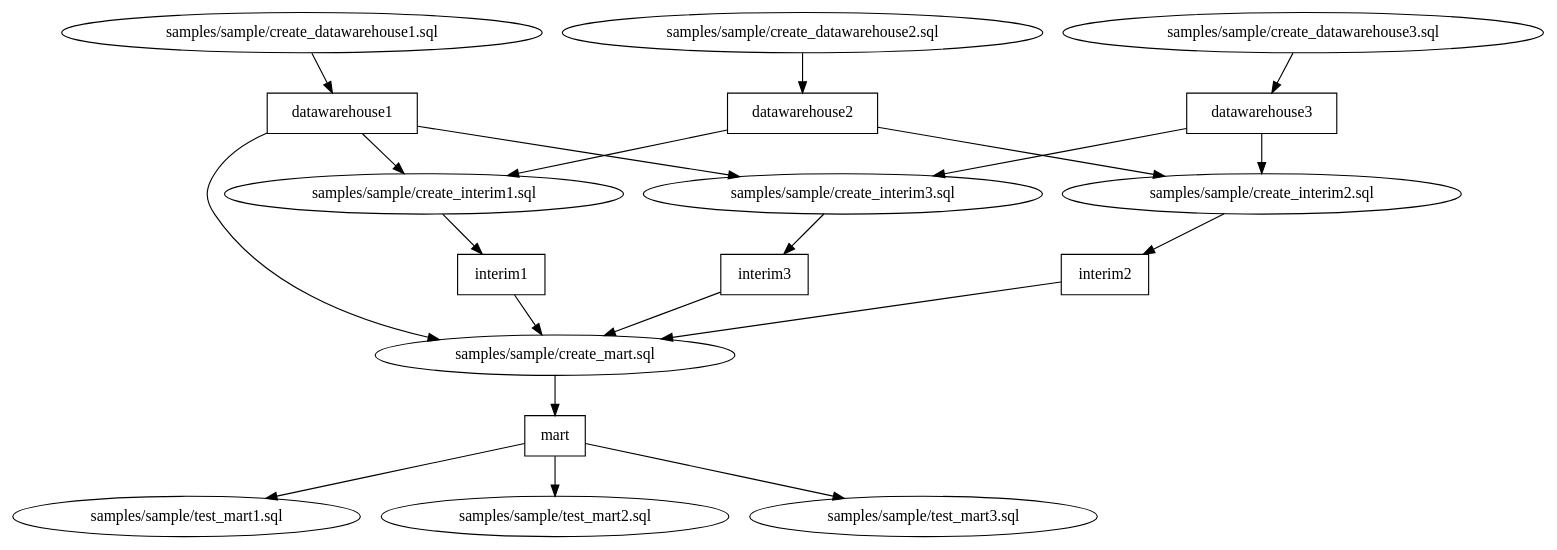
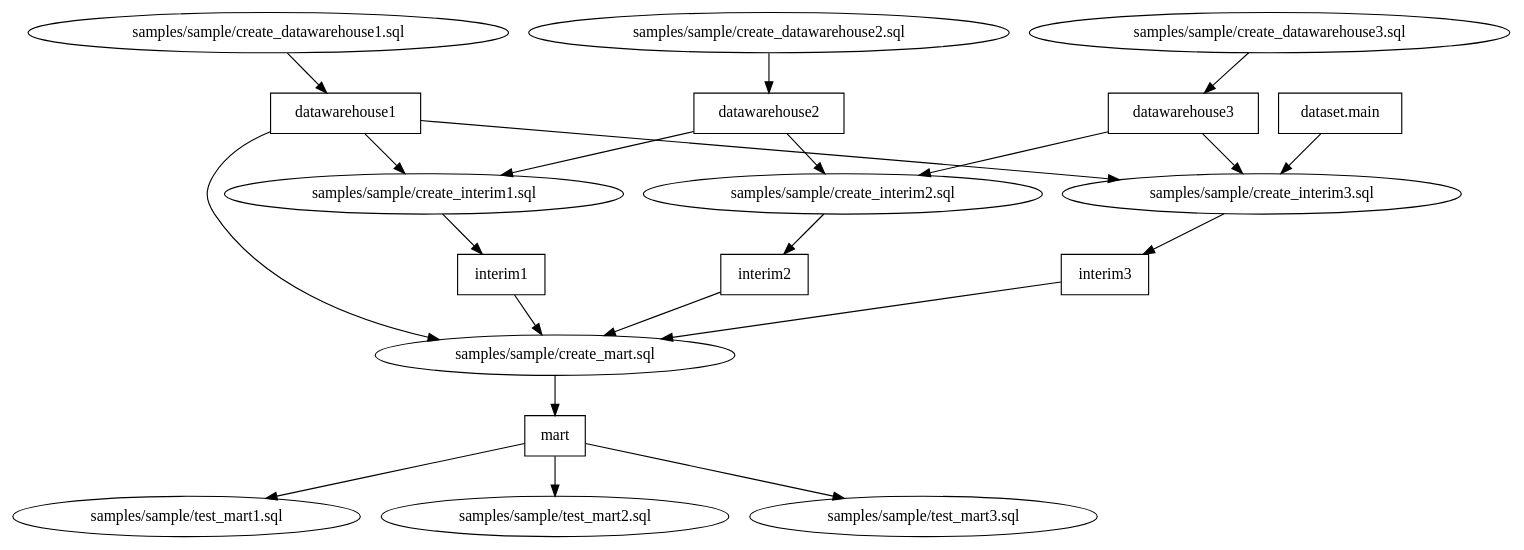
The diagram in samples/sample/side_effect_first_with_tables/dag.dot (Matts966/alphasql), drawn with Graphviz before and after one commit. The commit also changed 27 other files, not shown here.

```diff
--- a/samples/sample/side_effect_first_with_tables/dag.dot
+++ b/samples/sample/side_effect_first_with_tables/dag.dot
@@ -1,39 +1,41 @@
 digraph G {
 0 [label="samples/sample/create_datawarehouse1.sql", shape="", type=query];
 1 [label="samples/sample/create_datawarehouse2.sql", shape="", type=query];
 2 [label="samples/sample/create_datawarehouse3.sql", shape="", type=query];
 3 [label="samples/sample/create_interim1.sql", shape="", type=query];
 4 [label="samples/sample/create_interim2.sql", shape="", type=query];
 5 [label="samples/sample/create_interim3.sql", shape="", type=query];
 6 [label="samples/sample/create_mart.sql", shape="", type=query];
 7 [label="samples/sample/test_mart1.sql", shape="", type=query];
 8 [label="samples/sample/test_mart2.sql", shape="", type=query];
 9 [label="samples/sample/test_mart3.sql", shape="", type=query];
-10 [label=datawarehouse1, shape=box, type=table];
-11 [label=datawarehouse2, shape=box, type=table];
-12 [label=datawarehouse3, shape=box, type=table];
-13 [label=interim1, shape=box, type=table];
-14 [label=interim2, shape=box, type=table];
-15 [label=interim3, shape=box, type=table];
-16 [label=mart, shape=box, type=table];
-0->10 ;
-1->11 ;
-2->12 ;
-3->13 ;
-4->14 ;
-5->15 ;
-6->16 ;
-10->3 ;
+10 [label="dataset.main", shape=box, type=table];
+11 [label=datawarehouse1, shape=box, type=table];
+12 [label=datawarehouse2, shape=box, type=table];
+13 [label=datawarehouse3, shape=box, type=table];
+14 [label=interim1, shape=box, type=table];
+15 [label=interim2, shape=box, type=table];
+16 [label=interim3, shape=box, type=table];
+17 [label=mart, shape=box, type=table];
+0->11 ;
+1->12 ;
+2->13 ;
+3->14 ;
+4->15 ;
+5->16 ;
+6->17 ;
 10->5 ;
-10->6 ;
 11->3 ;
-11->4 ;
-12->5 ;
+11->5 ;
+11->6 ;
+12->3 ;
 12->4 ;
-13->6 ;
+13->5 ;
+13->4 ;
 14->6 ;
 15->6 ;
-16->9 ;
-16->8 ;
-16->7 ;
+16->6 ;
+17->9 ;
+17->8 ;
+17->7 ;
 }
```
